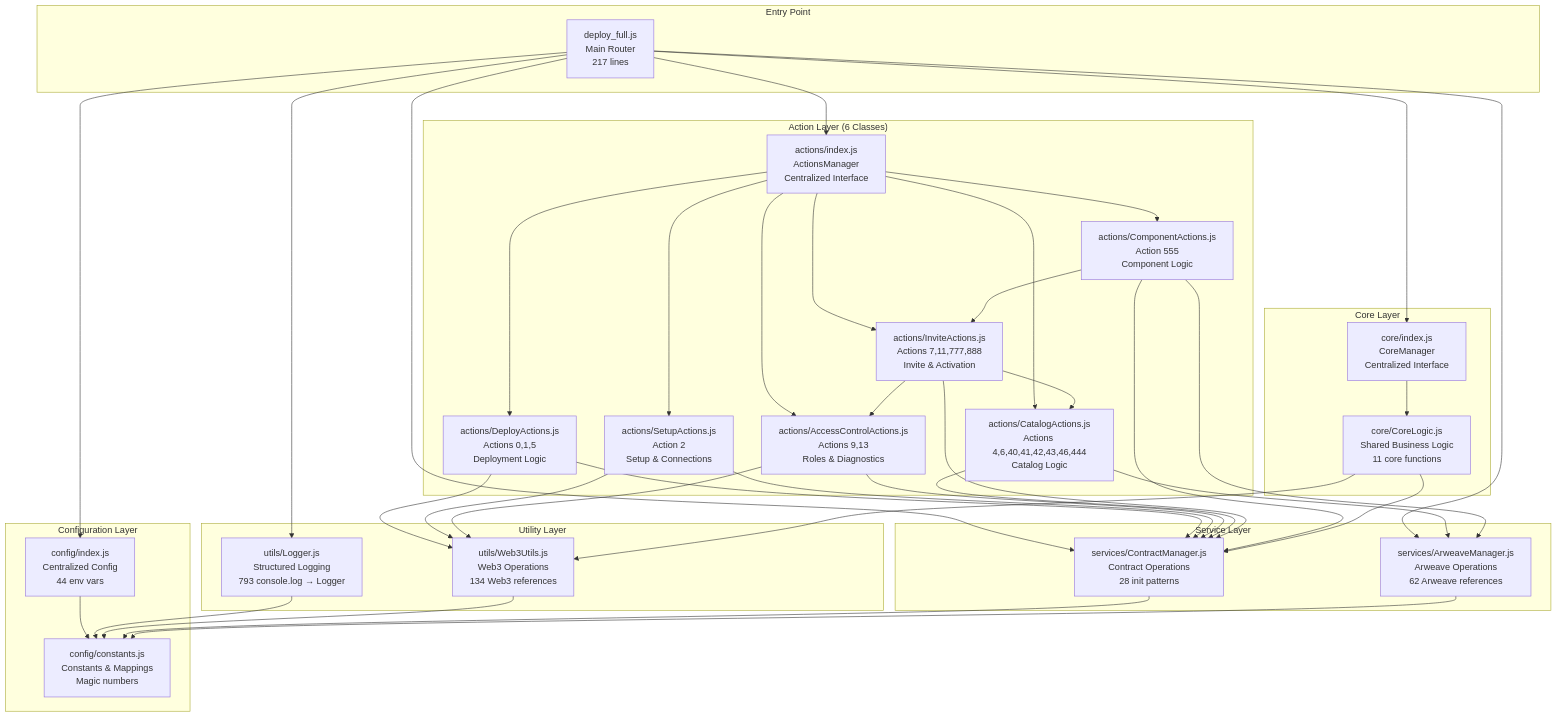
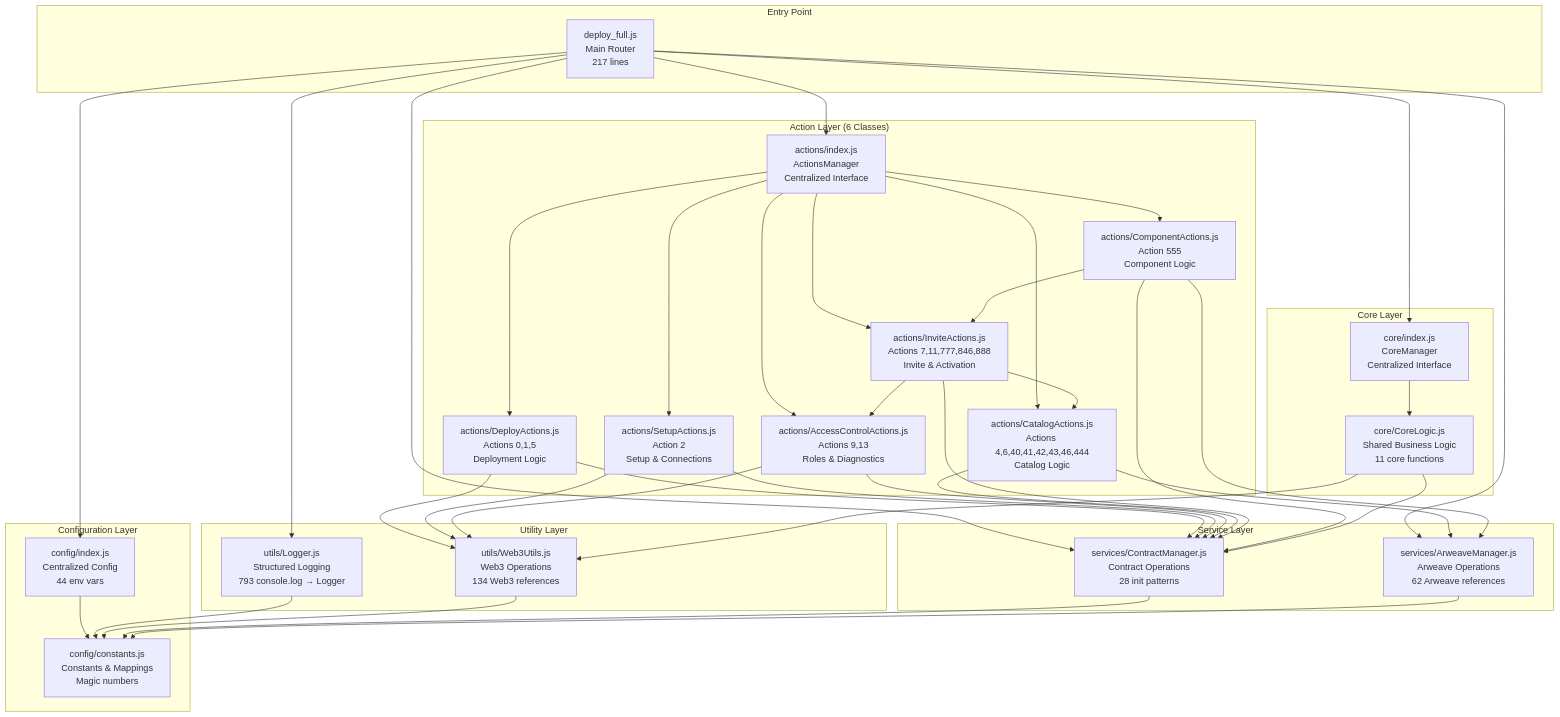
One commit to ViralLove/amanita changed the first of 3 diagrams in scripts/docs/Deploy_Architecture.md. Above: the diagram before and after it, drawn with Mermaid. The commit also changed other lines of this file and 4 other files, not shown here.

````diff
--- a/scripts/docs/Deploy_Architecture.md
+++ b/scripts/docs/Deploy_Architecture.md
@@ -24,75 +24,75 @@
 ```mermaid
 graph TB
     subgraph "Entry Point"
         A[deploy_full.js<br/>Main Router<br/>217 lines]
     end
     
     subgraph "Configuration Layer"
         B[config/index.js<br/>Centralized Config<br/>44 env vars]
         C[config/constants.js<br/>Constants & Mappings<br/>Magic numbers]
     end
     
     subgraph "Utility Layer"
         D[utils/Logger.js<br/>Structured Logging<br/>793 console.log → Logger]
         E[utils/Web3Utils.js<br/>Web3 Operations<br/>134 Web3 references]
     end
     
     subgraph "Service Layer"
         F[services/ContractManager.js<br/>Contract Operations<br/>28 init patterns]
         G[services/ArweaveManager.js<br/>Arweave Operations<br/>62 Arweave references]
     end
     
     subgraph "Action Layer (6 Classes)"
         H[actions/DeployActions.js<br/>Actions 0,1,5<br/>Deployment Logic]
         H1[actions/SetupActions.js<br/>Action 2<br/>Setup & Connections]
         H2[actions/AccessControlActions.js<br/>Actions 9,13<br/>Roles & Diagnostics]
         I[actions/CatalogActions.js<br/>Actions 4,6,40,41,42,43,46,444<br/>Catalog Logic]
-        I1[actions/InviteActions.js<br/>Actions 7,11,777,888<br/>Invite & Activation]
+        I1[actions/InviteActions.js<br/>Actions 7,11,777,846,888<br/>Invite & Activation]
         J[actions/ComponentActions.js<br/>Action 555<br/>Component Logic]
         K[actions/index.js<br/>ActionsManager<br/>Centralized Interface]
     end
     
     subgraph "Core Layer"
         L[core/CoreLogic.js<br/>Shared Business Logic<br/>11 core functions]
         M[core/index.js<br/>CoreManager<br/>Centralized Interface]
     end
     
     A --> B
     A --> D
     A --> F
     A --> G
     A --> K
     A --> M
     
     B --> C
     D --> C
     E --> C
     F --> C
     G --> C
     
     K --> H
     K --> H1
     K --> H2
     K --> I
     K --> I1
     K --> J
     
     M --> L
     
     H --> F
     H --> E
     H1 --> F
     H1 --> E
     H2 --> F
     H2 --> E
     I --> F
     I --> G
     I1 --> F
     I1 --> H2
     I1 --> I
     J --> F
     J --> G
     J --> I1
     L --> F
     L --> E
 ```
````
